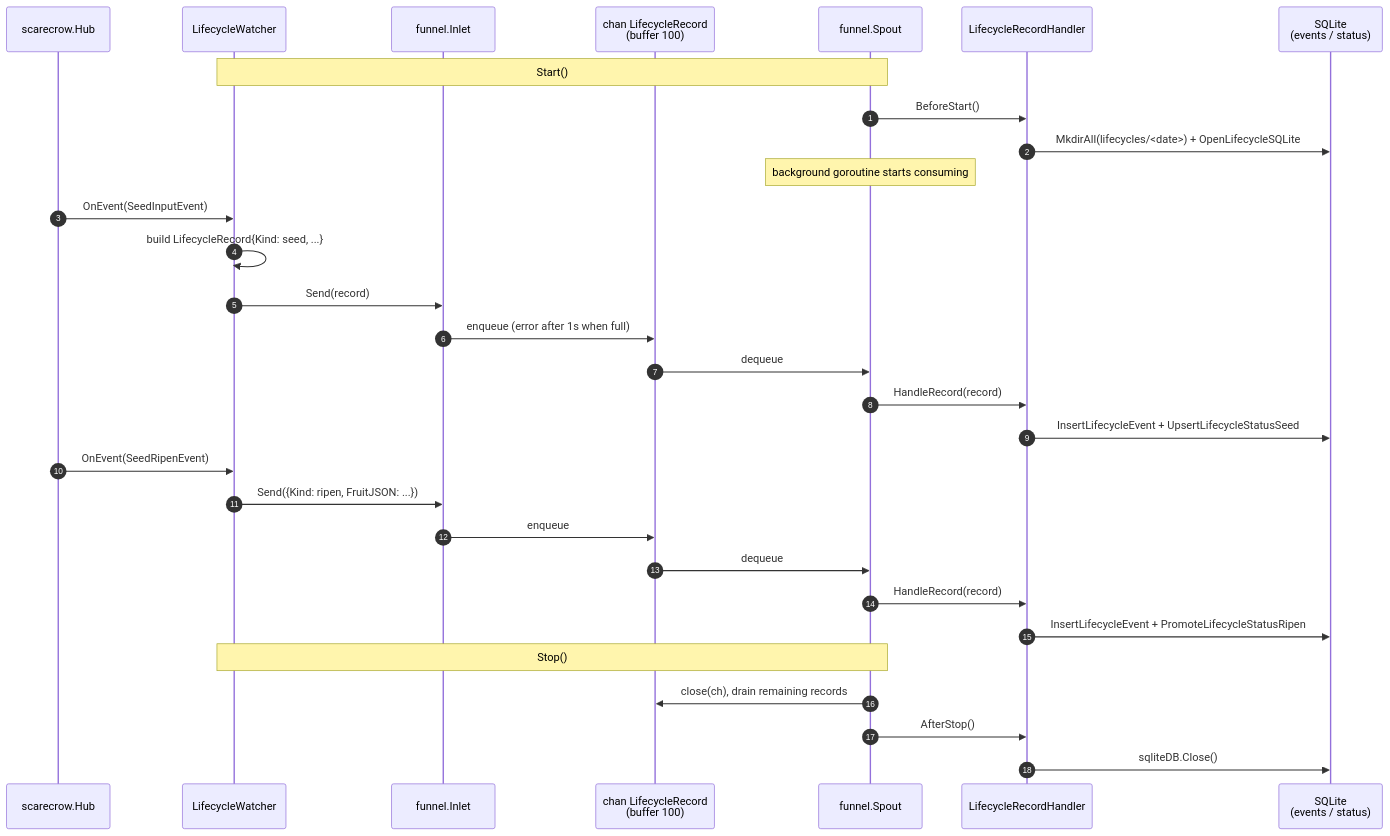
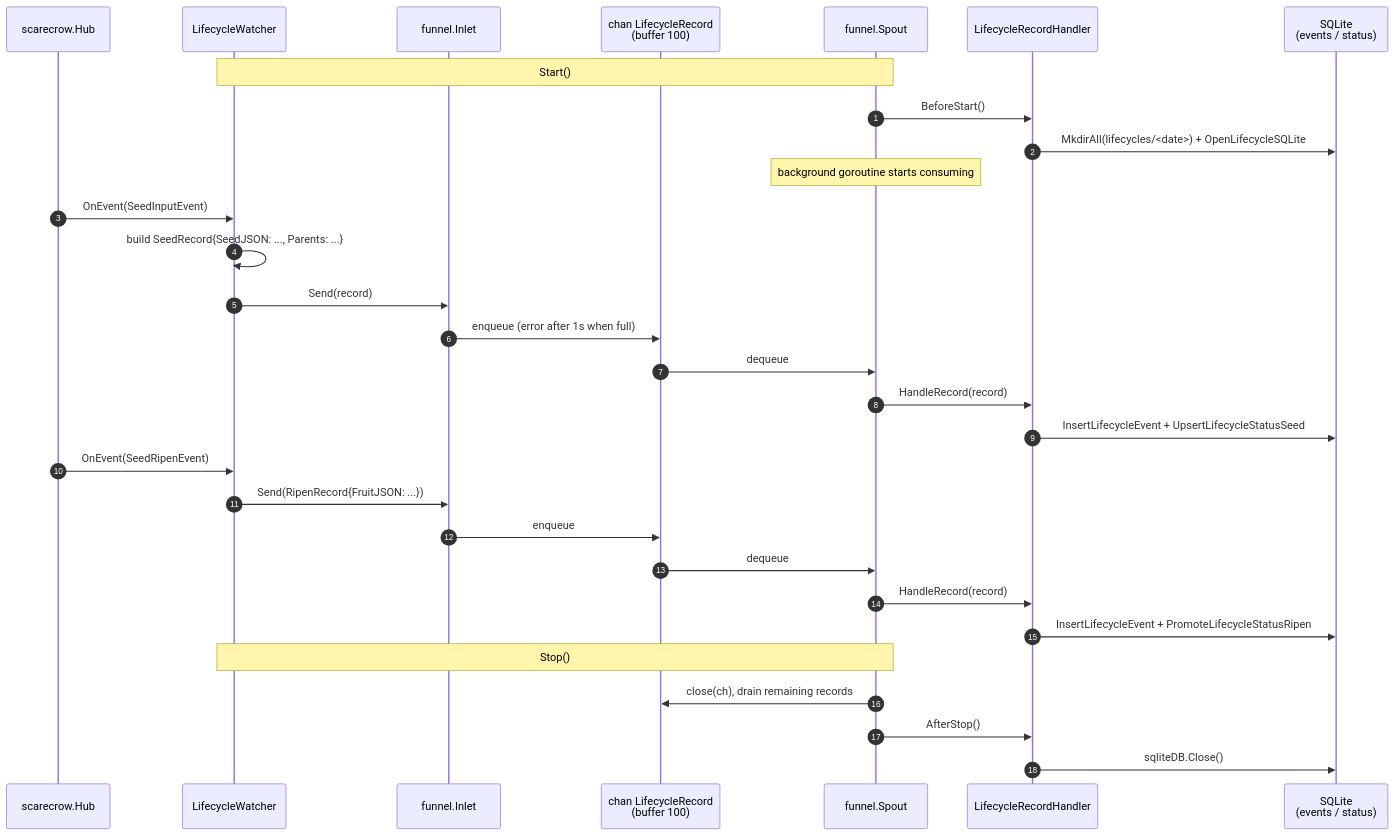
The diagram in docs/en/pkg/persist/lifecycle.md (Mr-xiaotian/CelestialGrow), drawn with Mermaid before and after one commit. The commit also changed other lines of this file and 99 other files, not shown here.

````diff
--- a/docs/en/pkg/persist/lifecycle.md
+++ b/docs/en/pkg/persist/lifecycle.md
@@ -112,36 +115,36 @@
 ```mermaid
 sequenceDiagram
     autonumber
     participant Hub as scarecrow.Hub
     participant W as LifecycleWatcher
     participant In as funnel.Inlet
     participant Q as chan LifecycleRecord<br/>(buffer 100)
     participant Sp as funnel.Spout
     participant H as LifecycleRecordHandler
     participant DB as SQLite<br/>(events / status)
 
     Note over W,Sp: Start()
     Sp->>H: BeforeStart()
     H->>DB: MkdirAll(lifecycles/<date>) + OpenLifecycleSQLite
     Note over Sp: background goroutine starts consuming
 
     Hub->>W: OnEvent(SeedInputEvent)
-    W->>W: build LifecycleRecord{Kind: seed, ...}
+    W->>W: build SeedRecord{SeedJSON: ..., Parents: ...}
     W->>In: Send(record)
     In->>Q: enqueue (error after 1s when full)
     Q->>Sp: dequeue
     Sp->>H: HandleRecord(record)
     H->>DB: InsertLifecycleEvent + UpsertLifecycleStatusSeed
 
     Hub->>W: OnEvent(SeedRipenEvent)
-    W->>In: Send({Kind: ripen, FruitJSON: ...})
+    W->>In: Send(RipenRecord{FruitJSON: ...})
     In->>Q: enqueue
     Q->>Sp: dequeue
     Sp->>H: HandleRecord(record)
     H->>DB: InsertLifecycleEvent + PromoteLifecycleStatusRipen
 
     Note over W,Sp: Stop()
     Sp->>Q: close(ch), drain remaining records
     Sp->>H: AfterStop()
     H->>DB: sqliteDB.Close()
 ```
````
